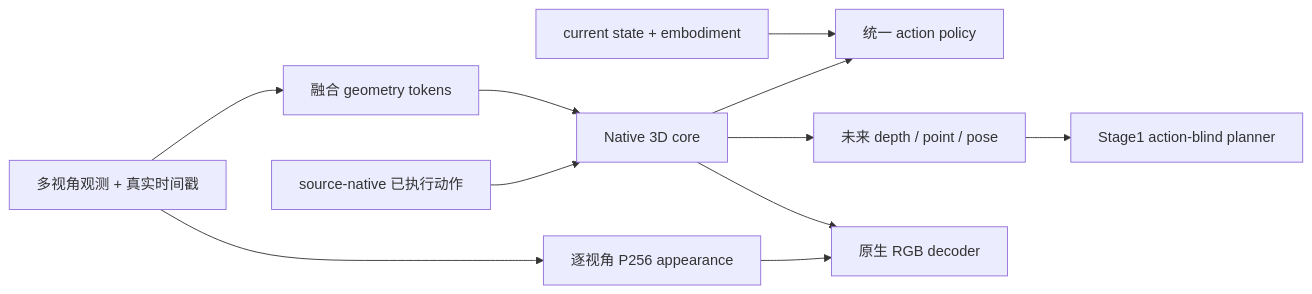
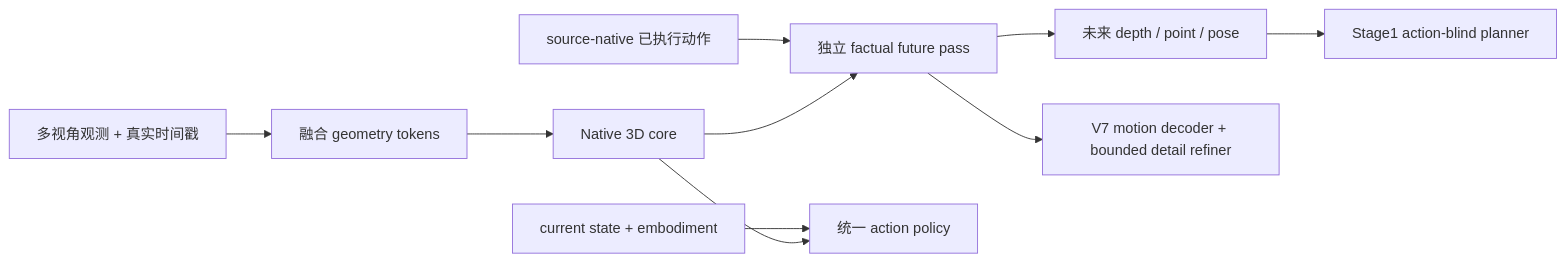
Before and after one commit to wxqnl/world_model: the diagram in wm3d/README.md, drawn with Mermaid. The commit also changed other lines of this file and 16 other files, not shown here.

````diff
--- a/wm3d/README.md
+++ b/wm3d/README.md
@@ -8,13 +8,12 @@
 ```mermaid
 flowchart LR
   O["多视角观测 + 真实时间戳"] --> G["融合 geometry tokens"]
-  O --> V["逐视角 P256 appearance"]
   G --> C["Native 3D core"]
-  A["source-native 已执行动作"] --> C
+  A["source-native 已执行动作"] --> F["独立 factual future pass"]
+  C --> F
   S["current state + embodiment"] --> H["统一 action policy"]
-  C --> W["未来 depth / point / pose"]
-  C --> R["原生 RGB decoder"]
-  V --> R
+  F --> W["未来 depth / point / pose"]
+  F --> R["V7 motion decoder + bounded detail refiner"]
   C --> H
   W --> P["Stage1 action-blind planner"]
 ```
````
